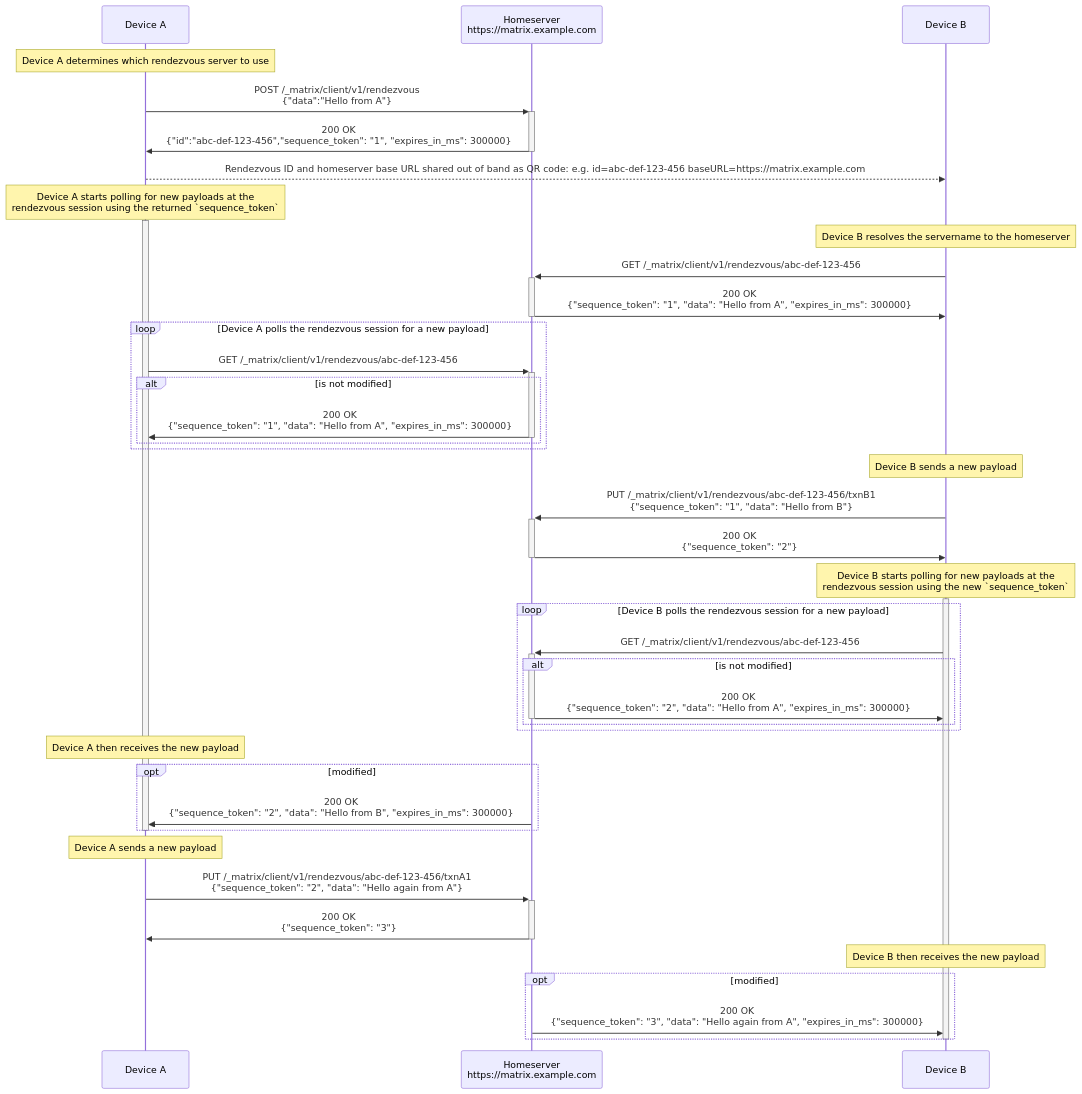
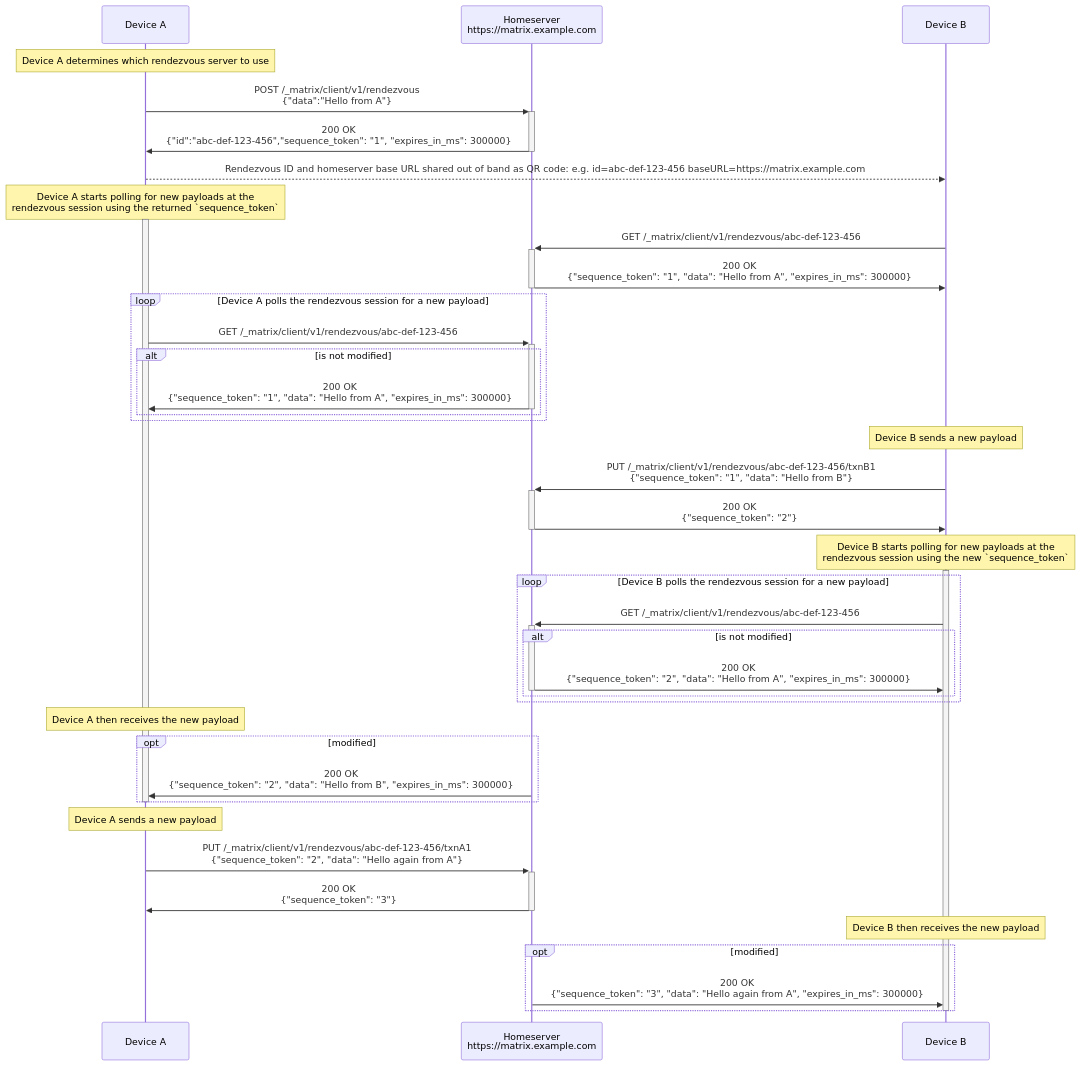
One commit to matrix-org/matrix-spec-proposals changed the second of 3 diagrams in proposals/4388-secure-qr-channel.md. Above: the diagram before and after it, drawn with Mermaid.

Commit message:
Remove erroneous step from diagram
Device B already knows the base URL so there is nothing to resolve (an earlier iteration passed the servername out of band which would need to be resolved).

````diff
--- a/proposals/4388-secure-qr-channel.md
+++ b/proposals/4388-secure-qr-channel.md
@@ -410,57 +410,55 @@
 ```mermaid
 sequenceDiagram
   participant A as Device A
   participant HS as Homeserver<br>https://matrix.example.com
   participant B as Device B
   Note over A: Device A determines which rendezvous server to use
 
   A->>+HS: POST /_matrix/client/v1/rendezvous<br>{"data":"Hello from A"}
   HS->>-A: 200 OK<br>{"id":"abc-def-123-456","sequence_token": "1", "expires_in_ms": 300000}
 
   A-->>B: Rendezvous ID and homeserver base URL shared out of band as QR code: e.g. id=abc-def-123-456 baseURL=https://matrix.example.com
 
   Note over A: Device A starts polling for new payloads at the<br>rendezvous session using the returned `sequence_token`
   activate A
-
-  Note over B: Device B resolves the servername to the homeserver
 
   B->>+HS: GET /_matrix/client/v1/rendezvous/abc-def-123-456
   HS->>-B: 200 OK<br>{"sequence_token": "1", "data": "Hello from A", "expires_in_ms": 300000}
   loop Device A polls the rendezvous session for a new payload
     A->>+HS: GET /_matrix/client/v1/rendezvous/abc-def-123-456
     alt is not modified
       HS->>-A: 200 OK<br>{"sequence_token": "1", "data": "Hello from A", "expires_in_ms": 300000}
     end
   end
 
   note over B: Device B sends a new payload
   B->>+HS: PUT /_matrix/client/v1/rendezvous/abc-def-123-456/txnB1<br>{"sequence_token": "1", "data": "Hello from B"}
   HS->>-B: 200 OK<br>{"sequence_token": "2"}
 
   Note over B: Device B starts polling for new payloads at the<br>rendezvous session using the new `sequence_token`
   activate B
 
   loop Device B polls the rendezvous session for a new payload
     B->>+HS: GET /_matrix/client/v1/rendezvous/abc-def-123-456
     alt is not modified
       HS->>-B: 200 OK<br>{"sequence_token": "2", "data": "Hello from A", "expires_in_ms": 300000}
     end
   end
 
   note over A: Device A then receives the new payload
   opt modified
       HS->>A: 200 OK<br>{"sequence_token": "2", "data": "Hello from B", "expires_in_ms": 300000}
   end
   deactivate A
 
   note over A: Device A sends a new payload
     A->>+HS: PUT /_matrix/client/v1/rendezvous/abc-def-123-456/txnA1<br>{"sequence_token": "2", "data": "Hello again from A"}
     HS->>-A: 200 OK<br>{"sequence_token": "3"}
 
   note over B: Device B then receives the new payload
   opt modified
       HS->>B: 200 OK<br>{"sequence_token": "3", "data": "Hello again from A", "expires_in_ms": 300000}
   end
 
   deactivate B
 ```
````
